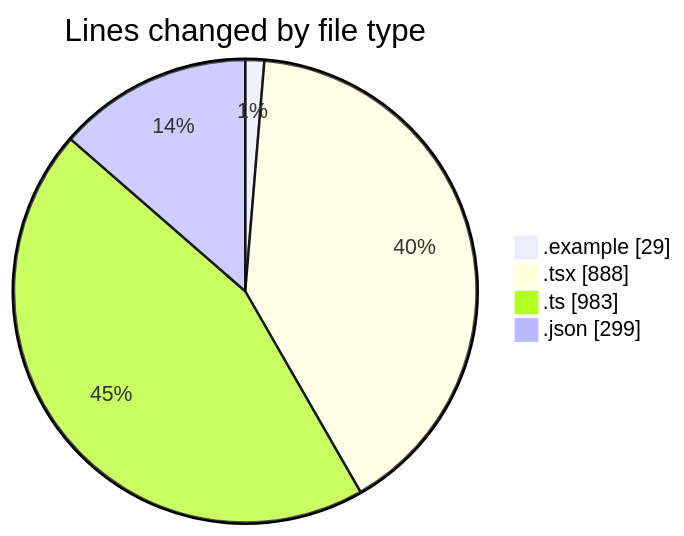
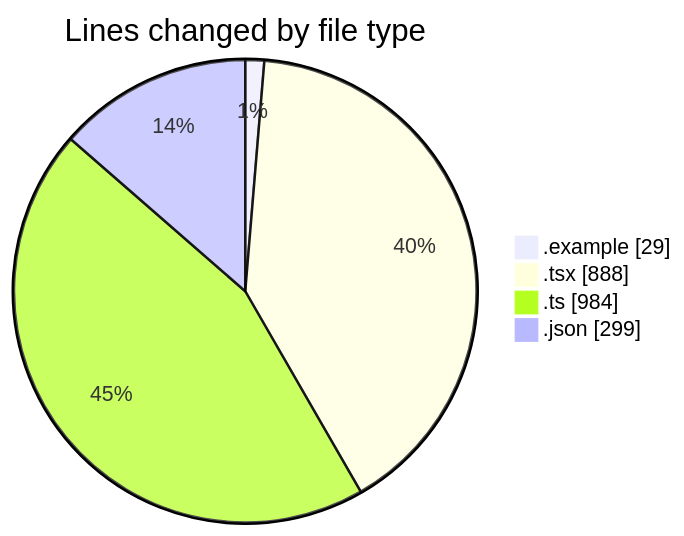
Before and after one commit to julien-gomy/code-tracking: the first of 2 diagrams in 2025-11-16/eventscop-frontend-guide__workspace_/README.md, drawn with Mermaid. The commit also changed other lines of this file and 1 other file, not shown here.

````diff
--- a/2025-11-16/eventscop-frontend-guide__workspace_/README.md
+++ b/2025-11-16/eventscop-frontend-guide__workspace_/README.md
@@ -34,8 +34,8 @@
 ```mermaid
 pie showData
 title Lines changed by file type
 ".example" : 29
 ".tsx" : 888
-".ts" : 983
+".ts" : 984
 ".json" : 299
 ```
````
